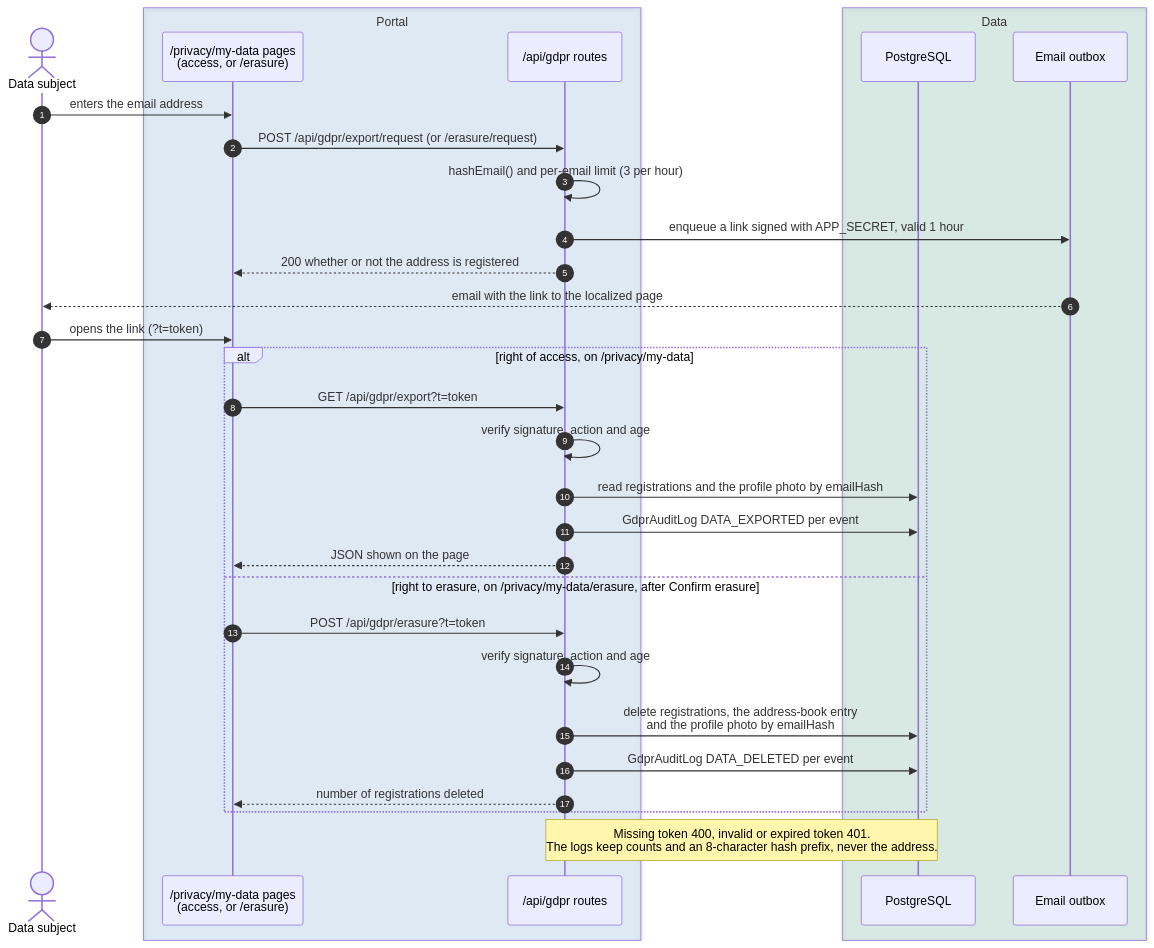
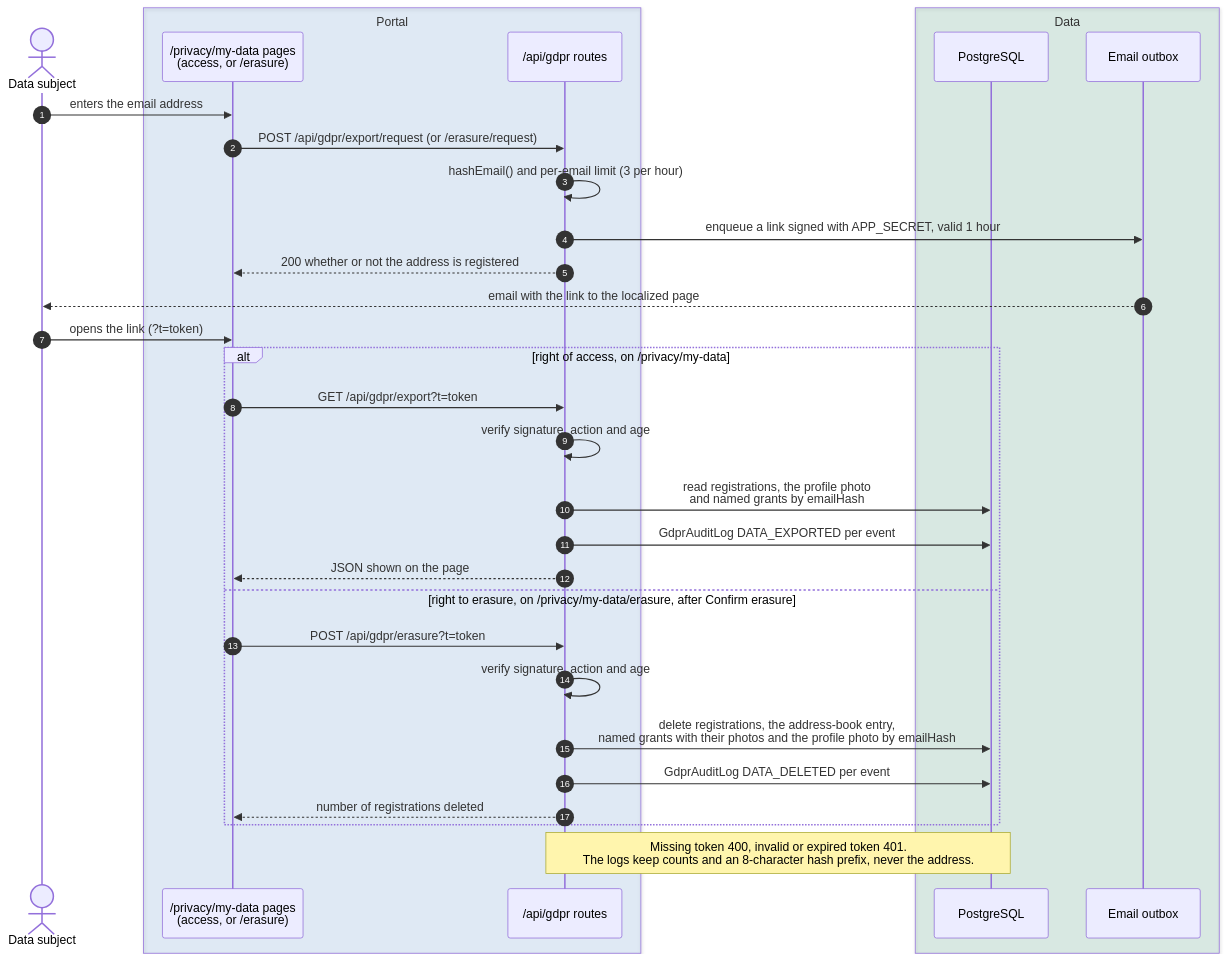
One commit to italia/pa-webinar changed the third of 3 diagrams in docs/GDPR.md. Above: the diagram before and after it, drawn with Mermaid. The commit also changed other lines of this file and 82 other files, not shown here.

````diff
--- a/docs/GDPR.md
+++ b/docs/GDPR.md
@@ -281,35 +284,35 @@
 ```mermaid
 sequenceDiagram
   autonumber
   actor P as Data subject
   box rgba(0,102,204,0.10) Portal
     participant W as /privacy/my-data pages<br/>(access, or /erasure)
     participant API as /api/gdpr routes
   end
   box rgba(0,128,85,0.12) Data
     participant DB as PostgreSQL
     participant OB as Email outbox
   end
 
   P->>W: enters the email address
   W->>API: POST /api/gdpr/export/request (or /erasure/request)
   API->>API: hashEmail() and per-email limit (3 per hour)
   API->>OB: enqueue a link signed with APP_SECRET, valid 1 hour
   API-->>W: 200 whether or not the address is registered
   OB-->>P: email with the link to the localized page
   P->>W: opens the link (?t=token)
   alt right of access, on /privacy/my-data
     W->>API: GET /api/gdpr/export?t=token
     API->>API: verify signature, action and age
-    API->>DB: read registrations and the profile photo by emailHash
+    API->>DB: read registrations, the profile photo<br/>and named grants by emailHash
     API->>DB: GdprAuditLog DATA_EXPORTED per event
     API-->>W: JSON shown on the page
   else right to erasure, on /privacy/my-data/erasure, after Confirm erasure
     W->>API: POST /api/gdpr/erasure?t=token
     API->>API: verify signature, action and age
-    API->>DB: delete registrations, the address-book entry<br/>and the profile photo by emailHash
+    API->>DB: delete registrations, the address-book entry,<br/>named grants with their photos and the profile photo by emailHash
     API->>DB: GdprAuditLog DATA_DELETED per event
     API-->>W: number of registrations deleted
   end
   Note over API,DB: Missing token 400, invalid or expired token 401.<br/>The logs keep counts and an 8-character hash prefix, never the address.
 ```
````
